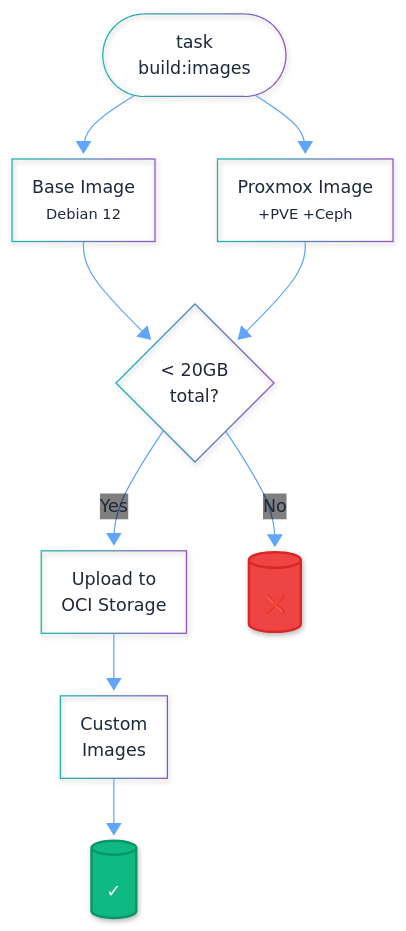
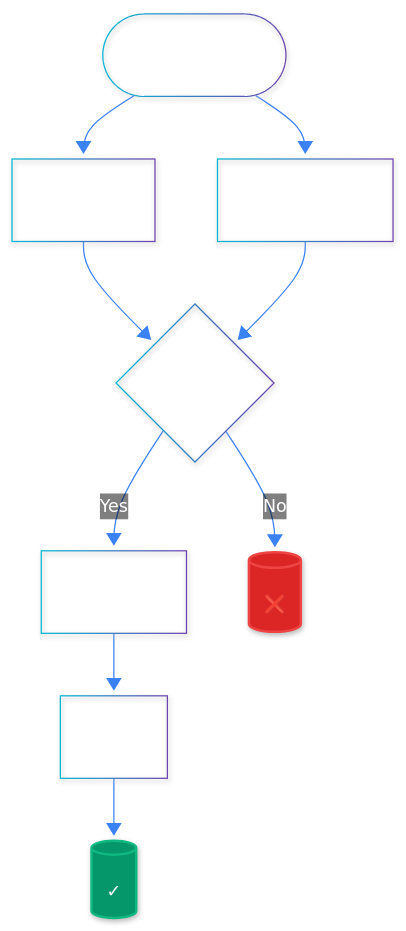
One commit to syscode-labs/oci-free-tier-manager changed the third of 18 diagrams in docs/ARCHITECTURE-DIAGRAMS.md. Above: the diagram before and after it, drawn with Mermaid. The commit also changed other lines of this file and 1 other file, not shown here.

First line of the commit message:
fix: complete diagram color overhaul for light/dark theme compatibility

````diff
--- a/docs/ARCHITECTURE-DIAGRAMS.md
+++ b/docs/ARCHITECTURE-DIAGRAMS.md
@@ -171,58 +171,58 @@
 ```mermaid
 ---
 config:
   look: neo
   theme: base
   themeVariables:
-    primaryColor: "#2dd4bf"
-    primaryTextColor: "#1e293b"
-    primaryBorderColor: "#14b8a6"
-    secondaryColor: "#a855f7"
-    tertiaryColor: "#f59e0b"
+    primaryColor: "#0891b2"
+    primaryTextColor: "#ffffff"
+    primaryBorderColor: "#06b6d4"
+    secondaryColor: "#7c3aed"
+    tertiaryColor: "#d97706"
     background: "transparent"
     mainBkg: "transparent"
-    secondBkg: "#f1f5f9"
-    lineColor: "#60a5fa"
-    border1: "#60a5fa"
-    border2: "#60a5fa"
-    arrowheadColor: "#60a5fa"
+    secondBkg: "transparent"
+    lineColor: "#3b82f6"
+    border1: "#3b82f6"
+    border2: "#3b82f6"
+    arrowheadColor: "#3b82f6"
     fontFamily: "arial"
     fontSize: "14px"
     labelBackground: "transparent"
-    textColor: "#64748b"
-    nodeBorder: "#60a5fa"
-    clusterBkg: "#f8fafc"
-    clusterBorder: "#60a5fa"
+    textColor: "#94a3b8"
+    nodeBorder: "#3b82f6"
+    clusterBkg: "transparent"
+    clusterBorder: "#3b82f6"
     edgeLabelBackground: "transparent"
-    actorBorder: "#60a5fa"
-    actorBkg: "#e0f2fe"
-    actorTextColor: "#1e293b"
-    actorLineColor: "#60a5fa"
-    signalColor: "#60a5fa"
-    signalTextColor: "#1e293b"
-    labelBoxBkgColor: "#e0f2fe"
-    labelBoxBorderColor: "#60a5fa"
-    labelTextColor: "#1e293b"
+    actorBorder: "#3b82f6"
+    actorBkg: "#0891b2"
+    actorTextColor: "#ffffff"
+    actorLineColor: "#3b82f6"
+    signalColor: "#3b82f6"
+    signalTextColor: "#ffffff"
+    labelBoxBkgColor: "#0891b2"
+    labelBoxBorderColor: "#3b82f6"
+    labelTextColor: "#ffffff"
   flowchart:
     useMaxWidth: true
     htmlLabels: true
     curve: basis
 ---
 flowchart TB
     Start(["task<br/>build:images"]) --> Base["Base Image<br/><small>Debian 12</small>"]
     Start --> Proxmox["Proxmox Image<br/><small>+PVE +Ceph</small>"]
     
     Base --> Check{"< 20GB<br/>total?"}
     Proxmox --> Check
     
     Check -->|Yes| Upload["Upload to<br/>OCI Storage"]
     Check -->|No| Fail[("❌")]
     
     Upload --> Images["Custom<br/>Images"]
     Images --> Done[("✓")]
     
-    classDef success fill:#10b981,stroke:#059669,stroke-width:2px,color:#fff
-    classDef error fill:#ef4444,stroke:#dc2626,stroke-width:2px,color:#fff
+    classDef success fill:#059669,stroke:#10b981,stroke-width:2px,color:#fff
+    classDef error fill:#dc2626,stroke:#ef4444,stroke-width:2px,color:#fff
     class Done success
     class Fail error
 ```
````
